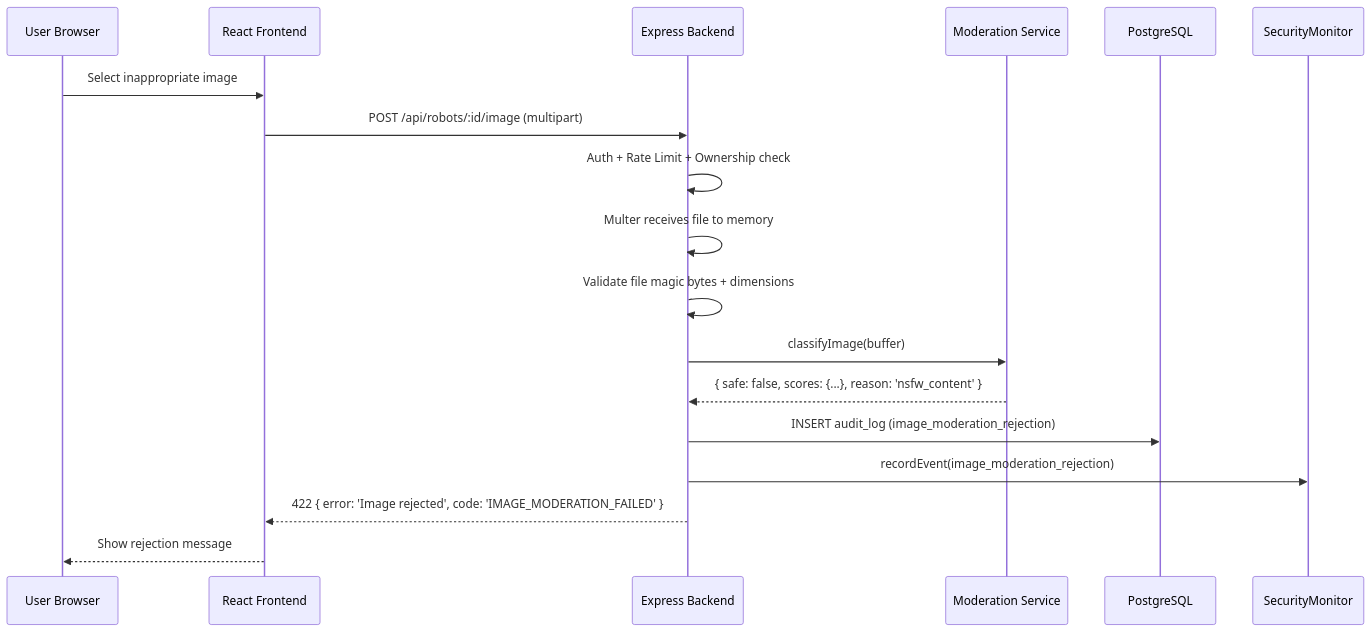
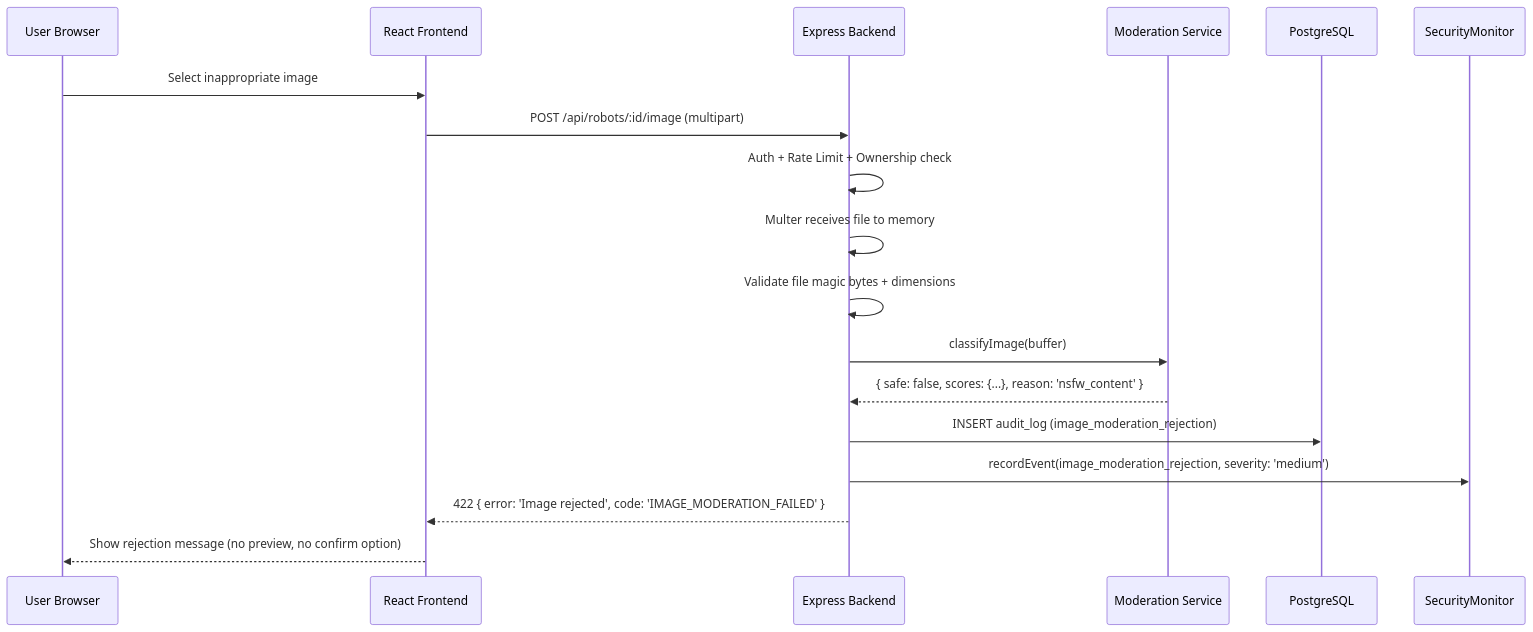
One commit to RobertTeunissen/ArmouredSouls changed the fourth of 5 diagrams in .kiro/specs/to-do/20-robot-image-upload/design.md. Above: the diagram before and after it, drawn with Mermaid. The commit also changed other lines of this file and 2 other files, not shown here.

````diff
--- a/.kiro/specs/to-do/20-robot-image-upload/design.md
+++ b/.kiro/specs/to-do/20-robot-image-upload/design.md
@@ -84,21 +177,21 @@
 ```mermaid
 sequenceDiagram
     participant U as User Browser
     participant FE as React Frontend
     participant BE as Express Backend
     participant MOD as Moderation Service
     participant DB as PostgreSQL
     participant SM as SecurityMonitor
 
     U->>FE: Select inappropriate image
     FE->>BE: POST /api/robots/:id/image (multipart)
     BE->>BE: Auth + Rate Limit + Ownership check
     BE->>BE: Multer receives file to memory
     BE->>BE: Validate file magic bytes + dimensions
     BE->>MOD: classifyImage(buffer)
     MOD-->>BE: { safe: false, scores: {...}, reason: 'nsfw_content' }
     BE->>DB: INSERT audit_log (image_moderation_rejection)
-    BE->>SM: recordEvent(image_moderation_rejection)
+    BE->>SM: recordEvent(image_moderation_rejection, severity: 'medium')
     BE-->>FE: 422 { error: 'Image rejected', code: 'IMAGE_MODERATION_FAILED' }
-    FE-->>U: Show rejection message
+    FE-->>U: Show rejection message (no preview, no confirm option)
 ```
````
